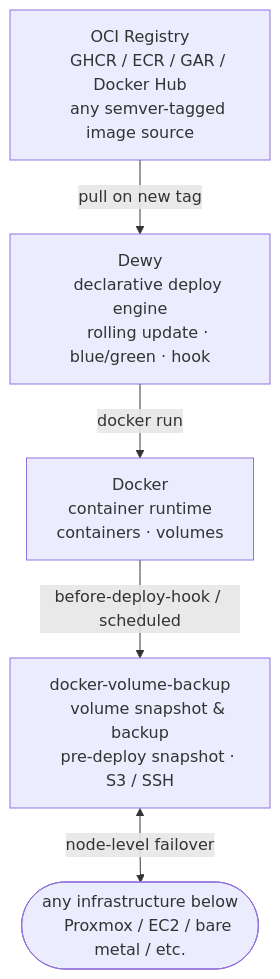
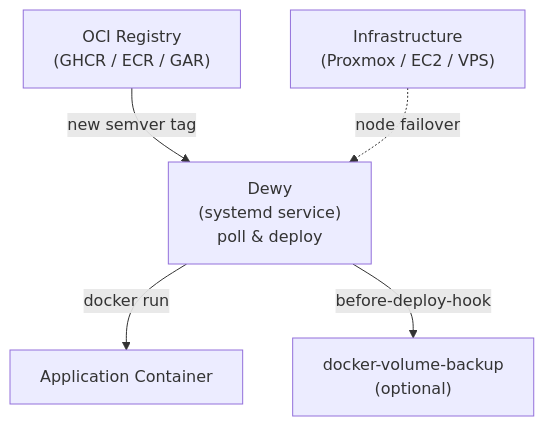
One commit to cyokozai/three-d-stack changed the diagram in README.md. Above: the diagram before and after it, drawn with Mermaid. The commit also changed other lines of this file and 4 other files, not shown here.

````diff
--- a/README.md
+++ b/README.md
@@ -22,26 +13,13 @@
 ```mermaid
 graph TD
-    OCI["OCI Registry
-    GHCR / ECR / GAR / Docker Hub
-    any semver-tagged image source"]
+    OCI["OCI Registry\n(GHCR / ECR / GAR)"]
+    Dewy["Dewy\n(systemd service)\npoll & deploy"]
+    App["Application Container"]
+    DVB["docker-volume-backup\n(optional)"]
+    Infra["Infrastructure\n(Proxmox / EC2 / VPS)"]
 
-    Dewy["Dewy
-    declarative deploy engine
-    rolling update · blue/green · hook"]
-
-    Docker["Docker
-    container runtime
-    containers · volumes"]
-
-    DVB["docker-volume-backup
-    volume snapshot & backup
-    pre-deploy snapshot · S3 / SSH"]
-
-    Infra(["any infrastructure below
-    Proxmox / EC2 / bare metal / etc."])
-
-    OCI     -->|"pull on new tag"| Dewy
-    Dewy    -->|"docker run"| Docker
-    Docker  -->|"before-deploy-hook / scheduled"| DVB
-    DVB    <-->|"node-level failover"| Infra
+    OCI -->|new semver tag| Dewy
+    Dewy -->|docker run| App
+    Dewy -->|before-deploy-hook| DVB
+    Infra -.->|node failover| Dewy
 ```
````
